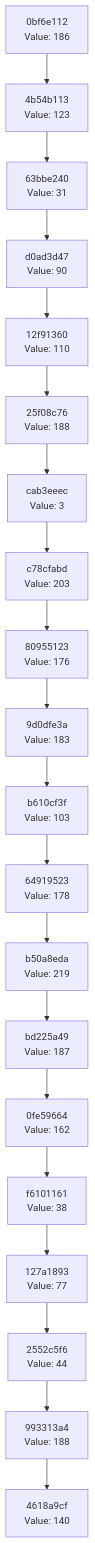
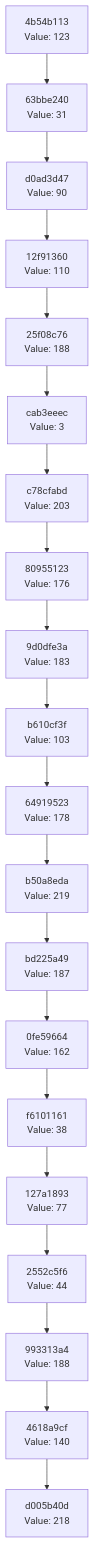
The diagram in docs/CHAIN_VISUALIZATION.md (Abhisheksinha1506/hash-chain-evolver), drawn with Mermaid before and after one commit. The commit also changed 3 other files, not shown here.

````diff
--- a/docs/CHAIN_VISUALIZATION.md
+++ b/docs/CHAIN_VISUALIZATION.md
@@ -3,42 +3,42 @@
 ```mermaid
 graph TD
-    C0["4618a9cf<br/>Value: 140"]
-    C1["993313a4<br/>Value: 188"]
+    C0["d005b40d<br/>Value: 218"]
+    C1["4618a9cf<br/>Value: 140"]
     C1 --> C0
-    C2["2552c5f6<br/>Value: 44"]
+    C2["993313a4<br/>Value: 188"]
     C2 --> C1
-    C3["127a1893<br/>Value: 77"]
+    C3["2552c5f6<br/>Value: 44"]
     C3 --> C2
-    C4["f6101161<br/>Value: 38"]
+    C4["127a1893<br/>Value: 77"]
     C4 --> C3
-    C5["0fe59664<br/>Value: 162"]
+    C5["f6101161<br/>Value: 38"]
     C5 --> C4
-    C6["bd225a49<br/>Value: 187"]
+    C6["0fe59664<br/>Value: 162"]
     C6 --> C5
-    C7["b50a8eda<br/>Value: 219"]
+    C7["bd225a49<br/>Value: 187"]
     C7 --> C6
-    C8["64919523<br/>Value: 178"]
+    C8["b50a8eda<br/>Value: 219"]
     C8 --> C7
-    C9["b610cf3f<br/>Value: 103"]
+    C9["64919523<br/>Value: 178"]
     C9 --> C8
-    C10["9d0dfe3a<br/>Value: 183"]
+    C10["b610cf3f<br/>Value: 103"]
     C10 --> C9
-    C11["80955123<br/>Value: 176"]
+    C11["9d0dfe3a<br/>Value: 183"]
     C11 --> C10
-    C12["c78cfabd<br/>Value: 203"]
+    C12["80955123<br/>Value: 176"]
     C12 --> C11
-    C13["cab3eeec<br/>Value: 3"]
+    C13["c78cfabd<br/>Value: 203"]
     C13 --> C12
-    C14["25f08c76<br/>Value: 188"]
+    C14["cab3eeec<br/>Value: 3"]
     C14 --> C13
-    C15["12f91360<br/>Value: 110"]
+    C15["25f08c76<br/>Value: 188"]
     C15 --> C14
-    C16["d0ad3d47<br/>Value: 90"]
+    C16["12f91360<br/>Value: 110"]
     C16 --> C15
-    C17["63bbe240<br/>Value: 31"]
+    C17["d0ad3d47<br/>Value: 90"]
     C17 --> C16
-    C18["4b54b113<br/>Value: 123"]
+    C18["63bbe240<br/>Value: 31"]
     C18 --> C17
-    C19["0bf6e112<br/>Value: 186"]
+    C19["4b54b113<br/>Value: 123"]
     C19 --> C18
 ```
````
